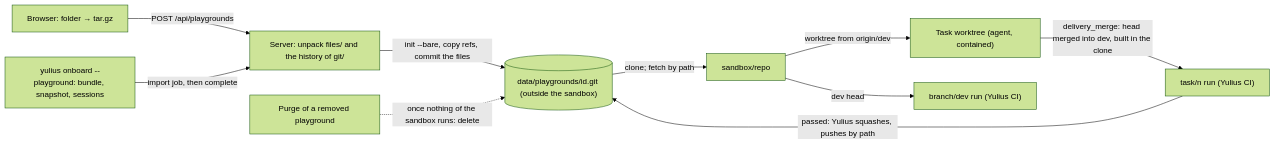
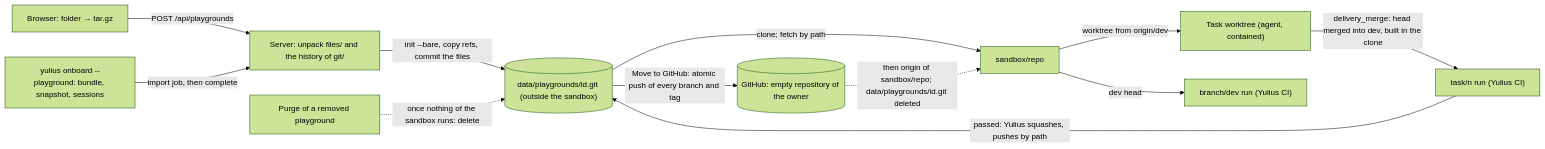
One commit to Quartio-Studio/yulius changed the seventh of 35 diagrams in docs/architecture.md. Above: the diagram before and after it, drawn with Mermaid (forest theme). The commit also changed other lines of this file and 31 other files, not shown here.

First line of the commit message:
feat(git): fix #410: move a playground to a GitHub repository once GitHub is connected (#563)

````diff
--- a/docs/architecture.md
+++ b/docs/architecture.md
@@ -214,12 +227,14 @@
 ```mermaid
 flowchart LR
   B["Browser: folder → tar.gz"] -->|"POST /api/playgrounds"| S["Server: unpack files/ and the history of git/"]
   L["yulius onboard --playground: bundle, snapshot, sessions"] -->|"import job, then complete"| S
   S -->|"init --bare, copy refs, commit the files"| O[("data/playgrounds/id.git (outside the sandbox)")]
   O -->|"clone; fetch by path"| R["sandbox/repo"]
   R -->|"worktree from origin/dev"| T["Task worktree (agent, contained)"]
   T -->|"delivery_merge: head merged into dev, built in the clone"| C["task/n run (Yulius CI)"]
   R -->|"dev head"| D["branch/dev run (Yulius CI)"]
   C -->|"passed: Yulius squashes, pushes by path"| O
   P["Purge of a removed playground"] -.->|"once nothing of the sandbox runs: delete"| O
+  O -->|"Move to GitHub: atomic push of every branch and tag"| G[("GitHub: empty repository of the owner")]
+  G -.->|"then origin of sandbox/repo; data/playgrounds/id.git deleted"| R
 ```
````
